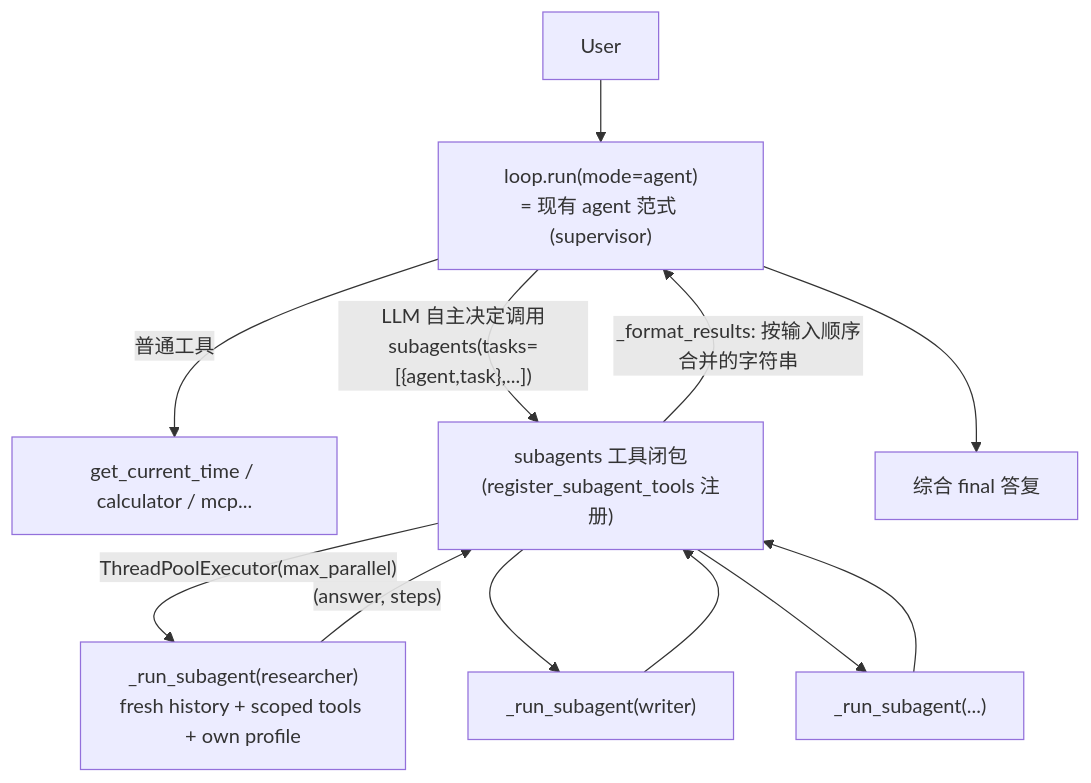
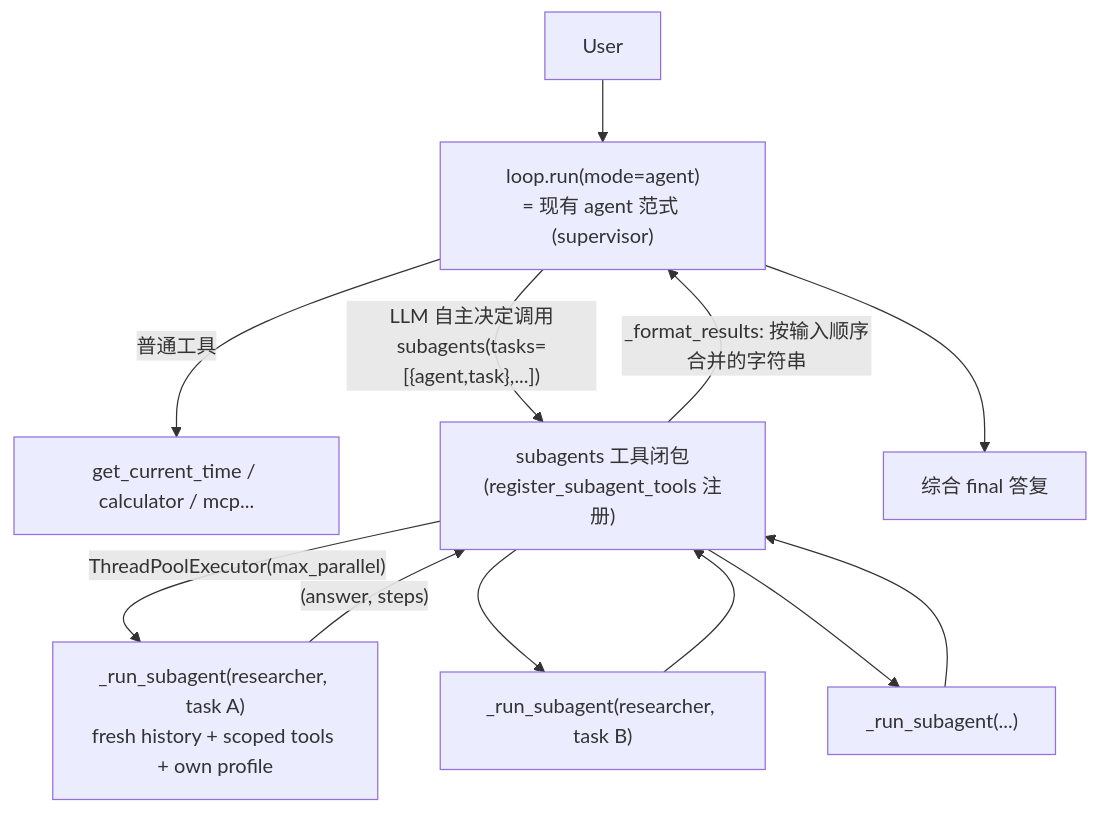
One commit to EpisodeYu/HarnessSmith changed the diagram in docs/02-development/16-slice-14-subagents.md. Above: the diagram before and after it, drawn with Mermaid. The commit also changed other lines of this file and 2 other files, not shown here.

First line of the commit message:
feat(subagents): seed one empty-tools researcher so the default worker inherits all read-only tools

````diff
--- a/docs/02-development/16-slice-14-subagents.md
+++ b/docs/02-development/16-slice-14-subagents.md
@@ -73,14 +73,14 @@
 ```mermaid
 flowchart TD
   user[User] --> sup["loop.run(mode=agent)<br/>= 现有 agent 范式 (supervisor)"]
   sup -->|"普通工具"| t1["get_current_time / calculator / mcp..."]
   sup -->|"LLM 自主决定调用<br/>subagents(tasks=[{agent,task},...])"| disp["subagents 工具闭包<br/>(register_subagent_tools 注册)"]
-  disp -->|"ThreadPoolExecutor(max_parallel)"| w1["_run_subagent(researcher)<br/>fresh history + scoped tools + own profile"]
-  disp --> w2["_run_subagent(writer)"]
+  disp -->|"ThreadPoolExecutor(max_parallel)"| w1["_run_subagent(researcher, task A)<br/>fresh history + scoped tools + own profile"]
+  disp --> w2["_run_subagent(researcher, task B)"]
   disp --> w3["_run_subagent(...)"]
   w1 -->|"(answer, steps)"| disp
   w2 --> disp
   w3 --> disp
   disp -->|"_format_results: 按输入顺序合并的字符串"| sup
   sup --> ans["综合 final 答复"]
 ```
````
